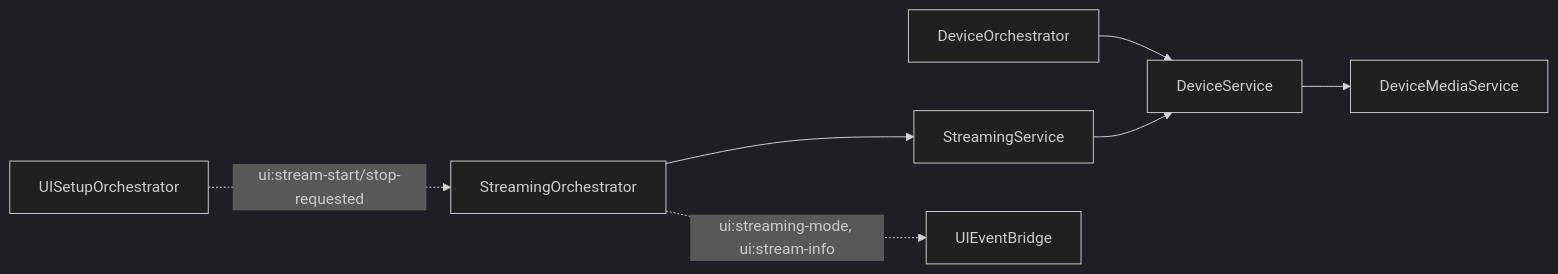
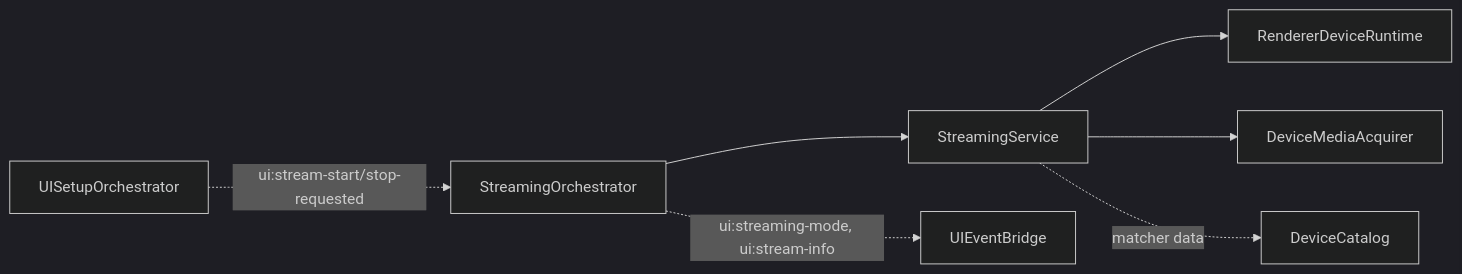
Before and after one commit to josstei/prismgb-app: the second of 6 diagrams in docs/architecture-diagrams-onboarding.md, drawn with Mermaid (dark theme). The commit also changed other lines of this file and 995 other files, not shown here.

````diff
--- a/docs/architecture-diagrams-onboarding.md
+++ b/docs/architecture-diagrams-onboarding.md
@@ -29,17 +32,17 @@
 ```mermaid
 flowchart LR
   UISetupOrchestrator[UISetupOrchestrator]
   StreamingOrchestrator[StreamingOrchestrator]
   StreamingService[StreamingService]
-  DeviceOrchestrator[DeviceOrchestrator]
-  DeviceService[DeviceService]
-  DeviceMediaService[DeviceMediaService]
+  RendererDeviceRuntime[RendererDeviceRuntime]
+  DeviceMediaAcquirer[DeviceMediaAcquirer]
+  DeviceCatalog[DeviceCatalog]
   UIEventBridge[UIEventBridge]
 
   UISetupOrchestrator -. "ui:stream-start/stop-requested" .-> StreamingOrchestrator
   StreamingOrchestrator --> StreamingService
   StreamingOrchestrator -. "ui:streaming-mode, ui:stream-info" .-> UIEventBridge
-  DeviceOrchestrator --> DeviceService
-  StreamingService --> DeviceService
-  DeviceService --> DeviceMediaService
+  StreamingService --> RendererDeviceRuntime
+  StreamingService --> DeviceMediaAcquirer
+  StreamingService -. "matcher data" .-> DeviceCatalog
 ```
````
